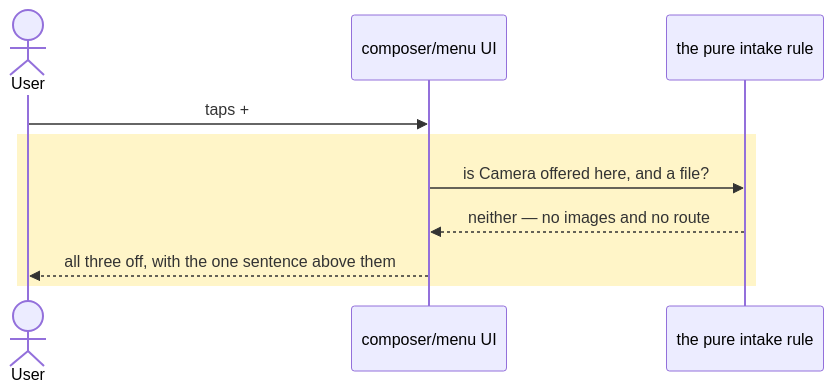
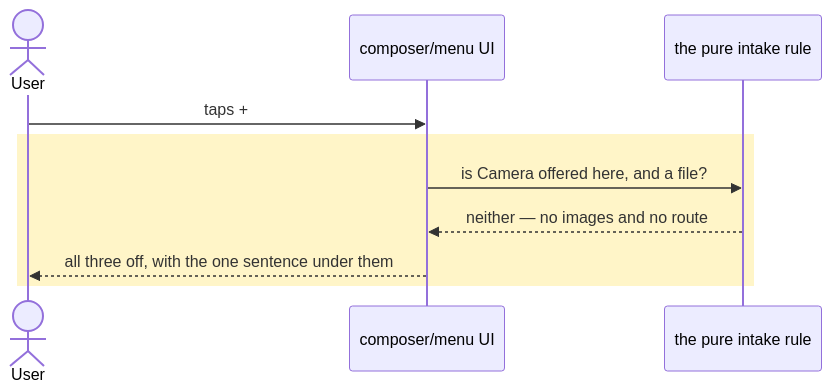
One commit to thehaseebahmed/hermesgots changed the fourth of 4 diagrams in docs/specs/camera-and-photos-reach-the-agent.md. Above: the diagram before and after it, drawn with Mermaid. The commit also changed other lines of this file and 7 other files, not shown here.

````diff
--- a/docs/specs/camera-and-photos-reach-the-agent.md
+++ b/docs/specs/camera-and-photos-reach-the-agent.md
@@ -100,12 +100,12 @@
 ```mermaid
 sequenceDiagram
   actor User
   participant Sheet as composer/menu UI
   participant Rule as the pure intake rule
   User->>Sheet: taps +
   rect rgb(255, 245, 200)
   Sheet->>Rule: is Camera offered here, and a file?
   Rule-->>Sheet: neither — no images and no route
-  Sheet-->>User: all three off, with the one sentence above them
+  Sheet-->>User: all three off, with the one sentence under them
   end
 ```
````
